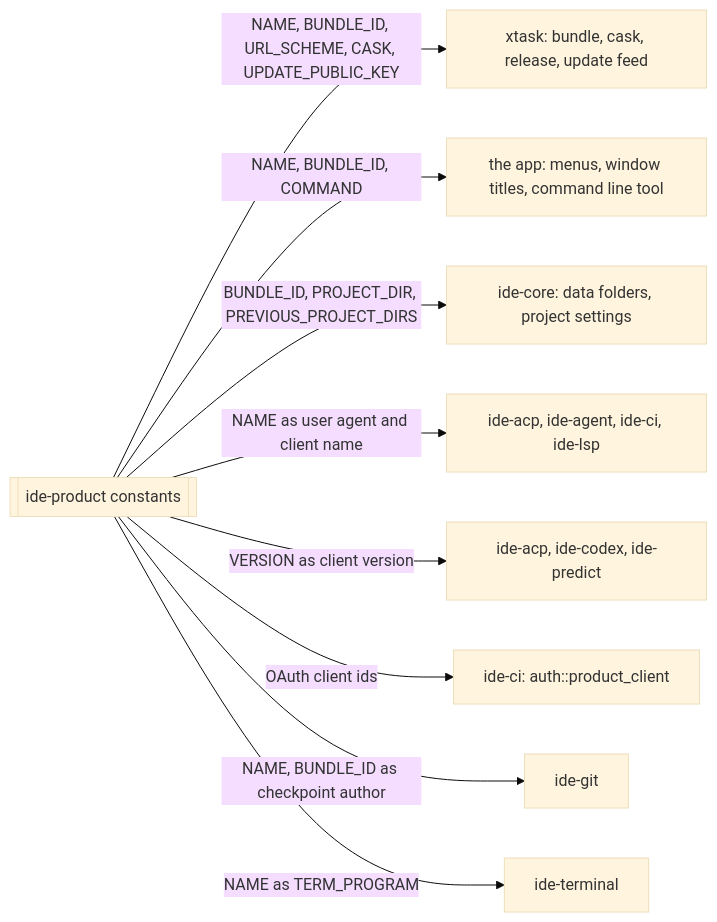
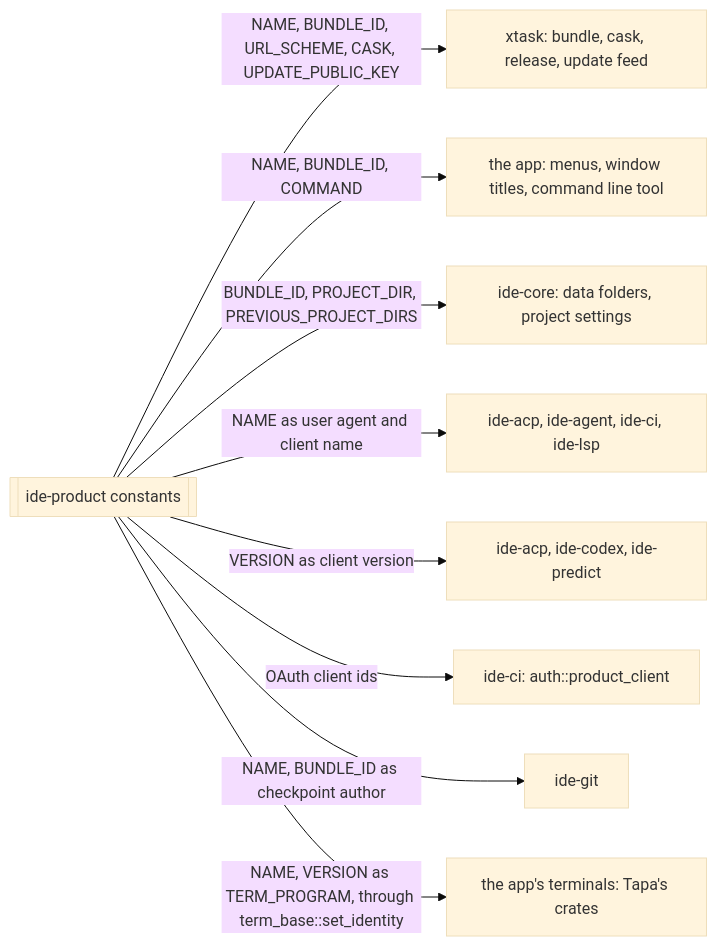
One commit to sventmueller/dango changed the diagram in crates/ide-product/README.md. Above: the diagram before and after it, drawn with Mermaid (base theme). The commit also changed 248 other files, not shown here.

````diff
--- a/crates/ide-product/README.md
+++ b/crates/ide-product/README.md
@@ -5,12 +5,12 @@
 ```mermaid
 flowchart LR
     product[["ide-product constants"]]
     product -->|"NAME, BUNDLE_ID, URL_SCHEME, CASK, UPDATE_PUBLIC_KEY"| xtask["xtask: bundle, cask, release, update feed"]
     product -->|"NAME, BUNDLE_ID, COMMAND"| app["the app: menus, window titles, command line tool"]
     product -->|"BUNDLE_ID, PROJECT_DIR, PREVIOUS_PROJECT_DIRS"| core["ide-core: data folders, project settings"]
     product -->|"NAME as user agent and client name"| net["ide-acp, ide-agent, ide-ci, ide-lsp"]
     product -->|"VERSION as client version"| clients["ide-acp, ide-codex, ide-predict"]
     product -->|"OAuth client ids"| ci["ide-ci: auth::product_client"]
     product -->|"NAME, BUNDLE_ID as checkpoint author"| git["ide-git"]
-    product -->|"NAME as TERM_PROGRAM"| terminal["ide-terminal"]
+    product -->|"NAME, VERSION as TERM_PROGRAM, through term_base::set_identity"| terminal["the app's terminals: Tapa's crates"]
 ```
````
